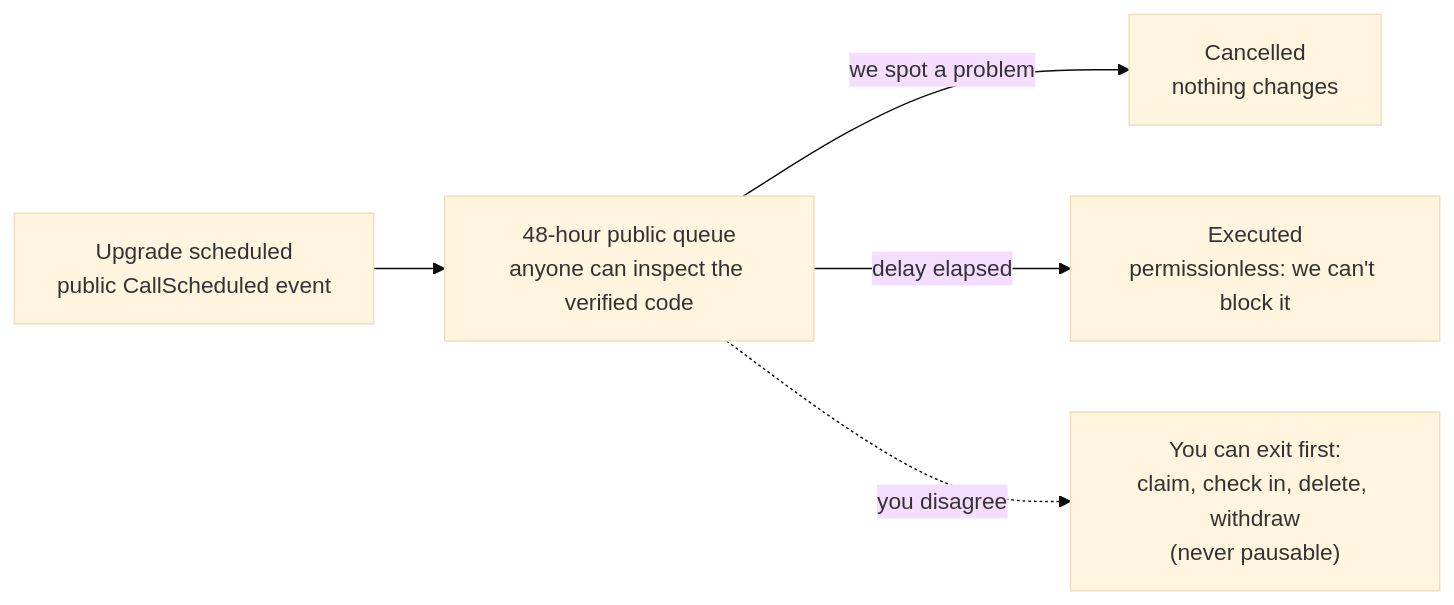
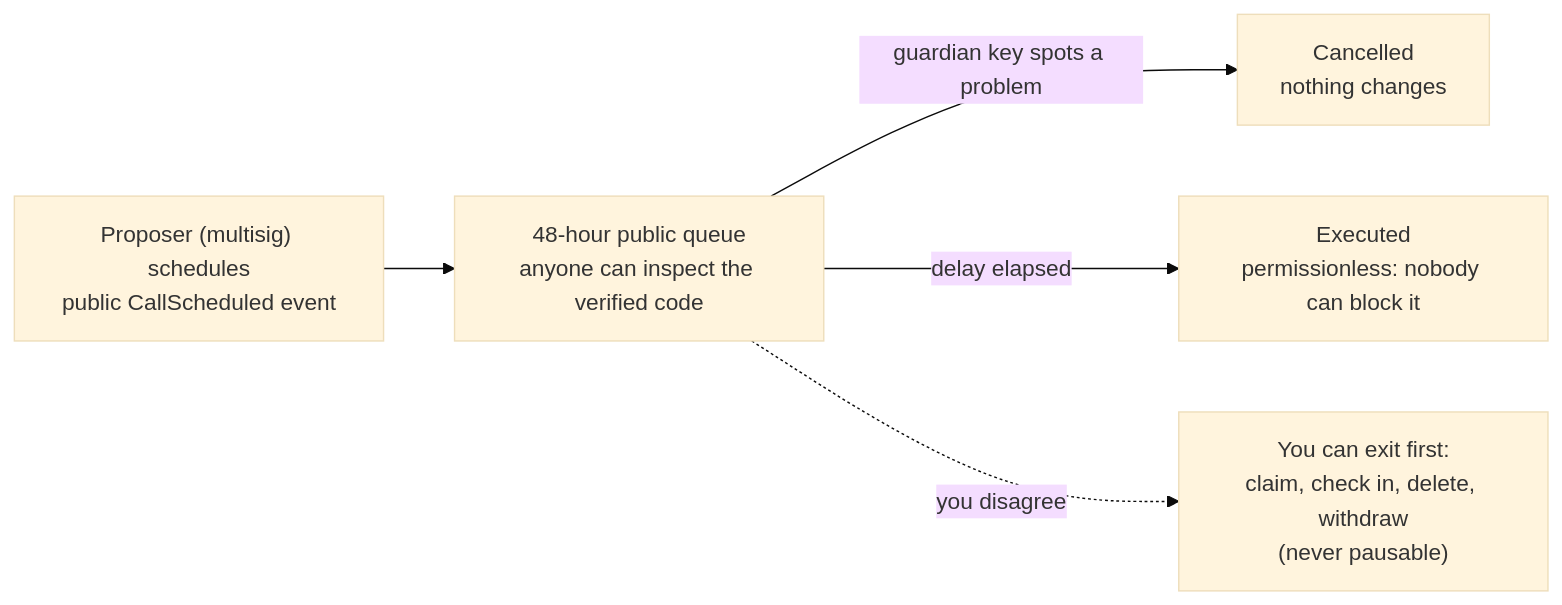
One commit to 10102-io/computing-docs changed the diagram in architecture/upgrade-policy.md. Above: the diagram before and after it, drawn with Mermaid (base theme). The commit also changed other lines of this file and 2 other files, not shown here.

First line of the commit message:
docs: split proposer and canceller keys, claim a gift to your own wallet

````diff
--- a/architecture/upgrade-policy.md
+++ b/architecture/upgrade-policy.md
@@ -41,7 +44,7 @@
 ```mermaid
 flowchart LR
-    A["Upgrade scheduled<br/>public CallScheduled event"] --> B["48-hour public queue<br/>anyone can inspect the verified code"]
-    B -->|"we spot a problem"| C["Cancelled<br/>nothing changes"]
-    B -->|"delay elapsed"| D["Executed<br/>permissionless: we can't block it"]
+    A["Proposer (multisig) schedules<br/>public CallScheduled event"] --> B["48-hour public queue<br/>anyone can inspect the verified code"]
+    B -->|"guardian key spots a problem"| C["Cancelled<br/>nothing changes"]
+    B -->|"delay elapsed"| D["Executed<br/>permissionless: nobody can block it"]
     B -.->|"you disagree"| E["You can exit first:<br/>claim, check in, delete, withdraw<br/>(never pausable)"]
 ```
````
